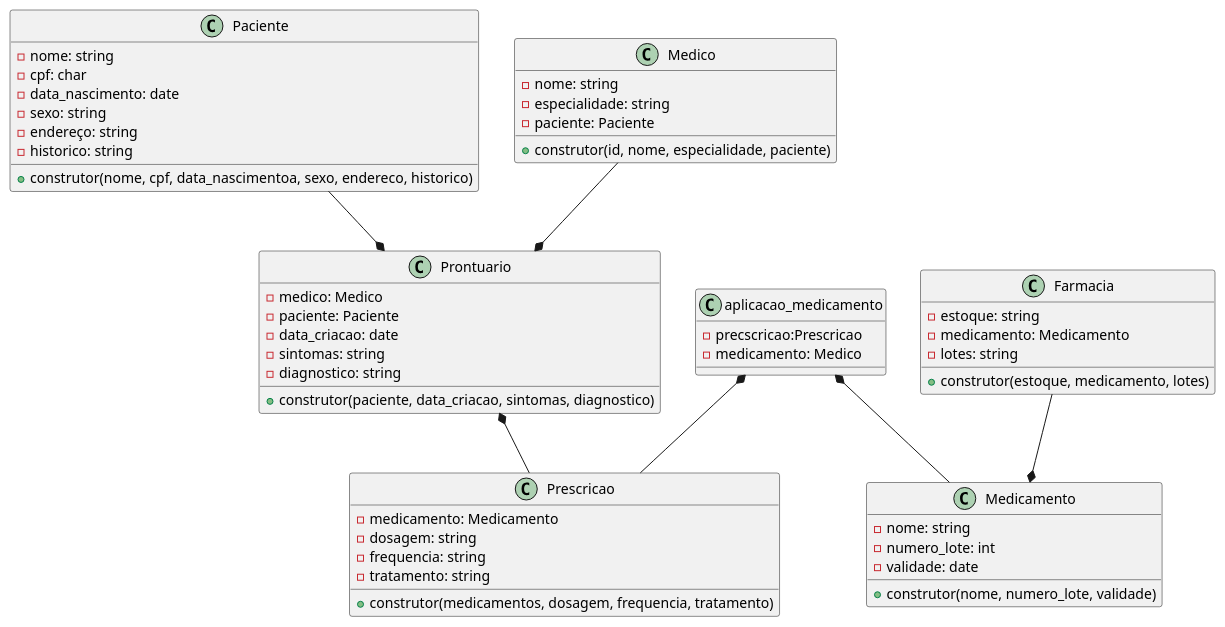
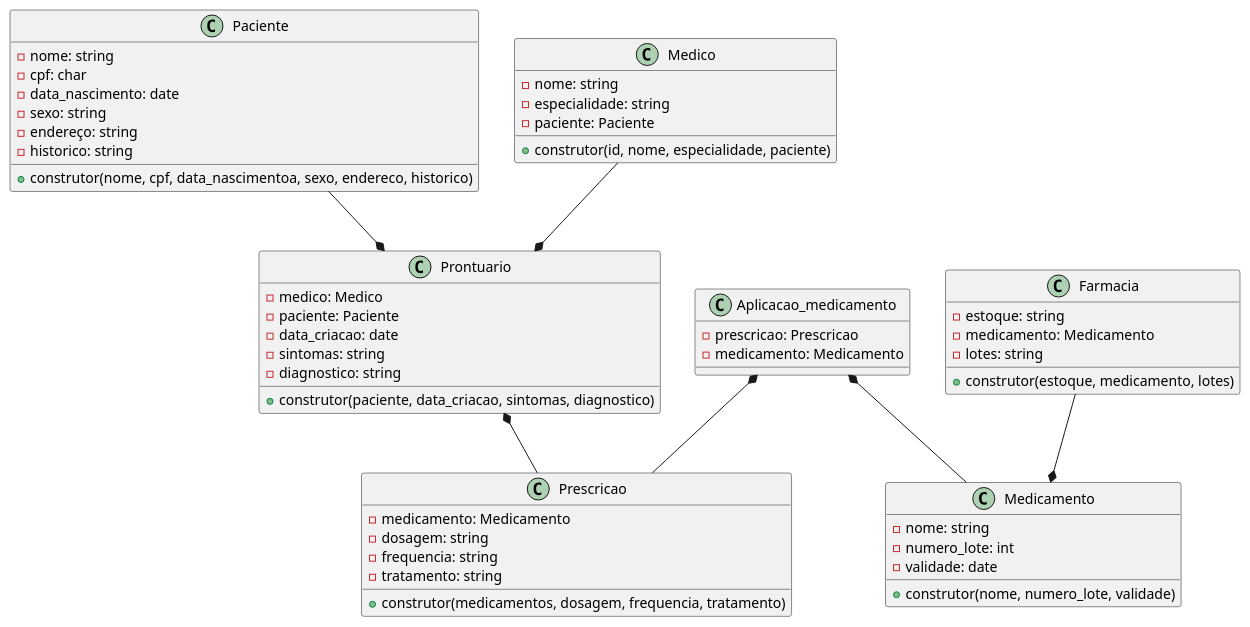
One commit to anleaes/2023-1-N2-POO-06 changed the diagram in diagrama/diagramaClasses.plantuml. Above: the diagram before and after it, drawn with PlantUML.

Commit message:
correção_diagrama

```diff
--- a/diagrama/diagramaClasses.plantuml
+++ b/diagrama/diagramaClasses.plantuml
@@ -1,64 +1,64 @@
 @startuml prontuario
 class Paciente {
   - nome: string
   - cpf: char
   - data_nascimento: date
   - sexo: string
   - endereço: string
   - historico: string
   + construtor(nome, cpf, data_nascimentoa, sexo, endereco, historico)
 }
 
 class Medico {
   - nome: string
   - especialidade: string
   - paciente: Paciente
   + construtor(id, nome, especialidade, paciente)
 }
 
 class Medicamento {
   - nome: string
   - numero_lote: int
   - validade: date
   + construtor(nome, numero_lote, validade)
 }
 
 
 class Prescricao {
   - medicamento: Medicamento
   - dosagem: string
   - frequencia: string
   - tratamento: string
   + construtor(medicamentos, dosagem, frequencia, tratamento)
 }
 
-class aplicacao_medicamento {
-  - precscricao:Prescricao
-  - medicamento: Medico
+class Aplicacao_medicamento {
+  - prescricao: Prescricao
+  - medicamento: Medicamento
 }
 class Prontuario {
   - medico: Medico
   - paciente: Paciente
   - data_criacao: date
   - sintomas: string
   - diagnostico: string
   + construtor(paciente, data_criacao, sintomas, diagnostico)
 }
 
 
 class Farmacia {
   - estoque: string
   - medicamento: Medicamento
   - lotes: string
   + construtor(estoque, medicamento, lotes)
 }
 
 
 
 Paciente --* Prontuario
 Medico --* Prontuario
 Prontuario *-- Prescricao
 Farmacia --* Medicamento
-aplicacao_medicamento *-- Prescricao
-aplicacao_medicamento *-- Medicamento
+Aplicacao_medicamento *-- Prescricao
+Aplicacao_medicamento *-- Medicamento
 @enduml
```
